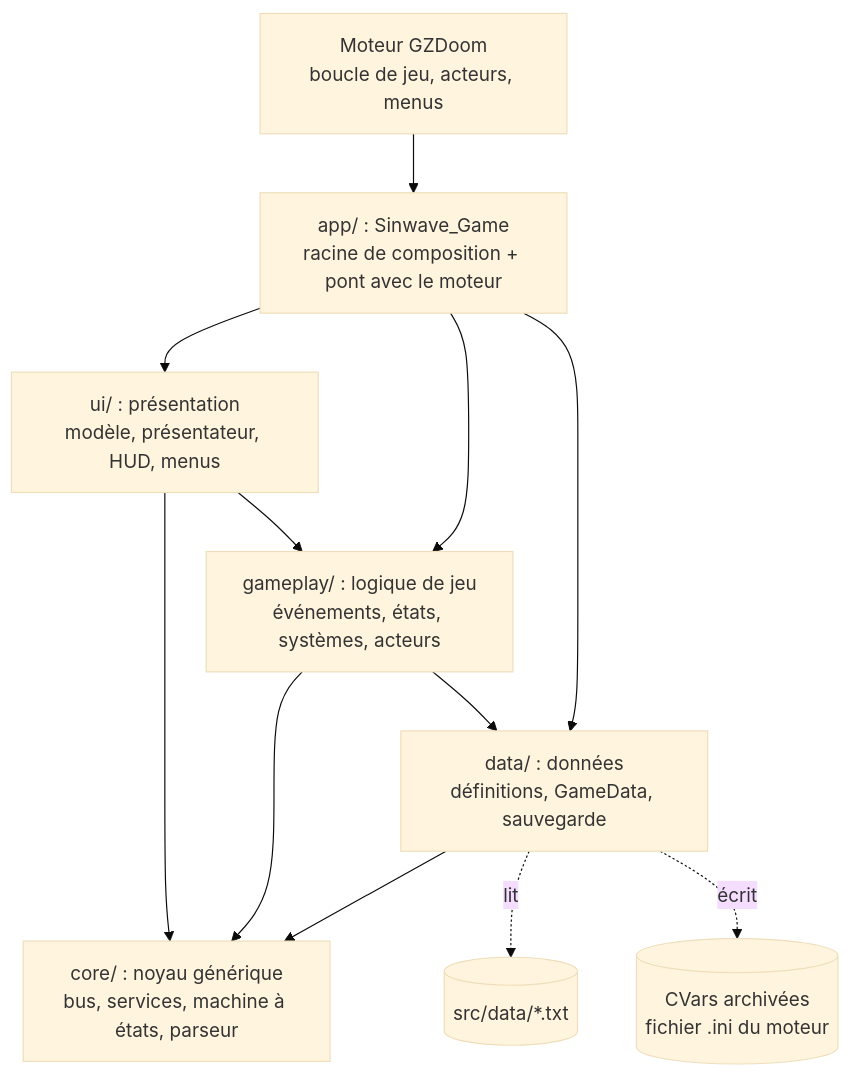
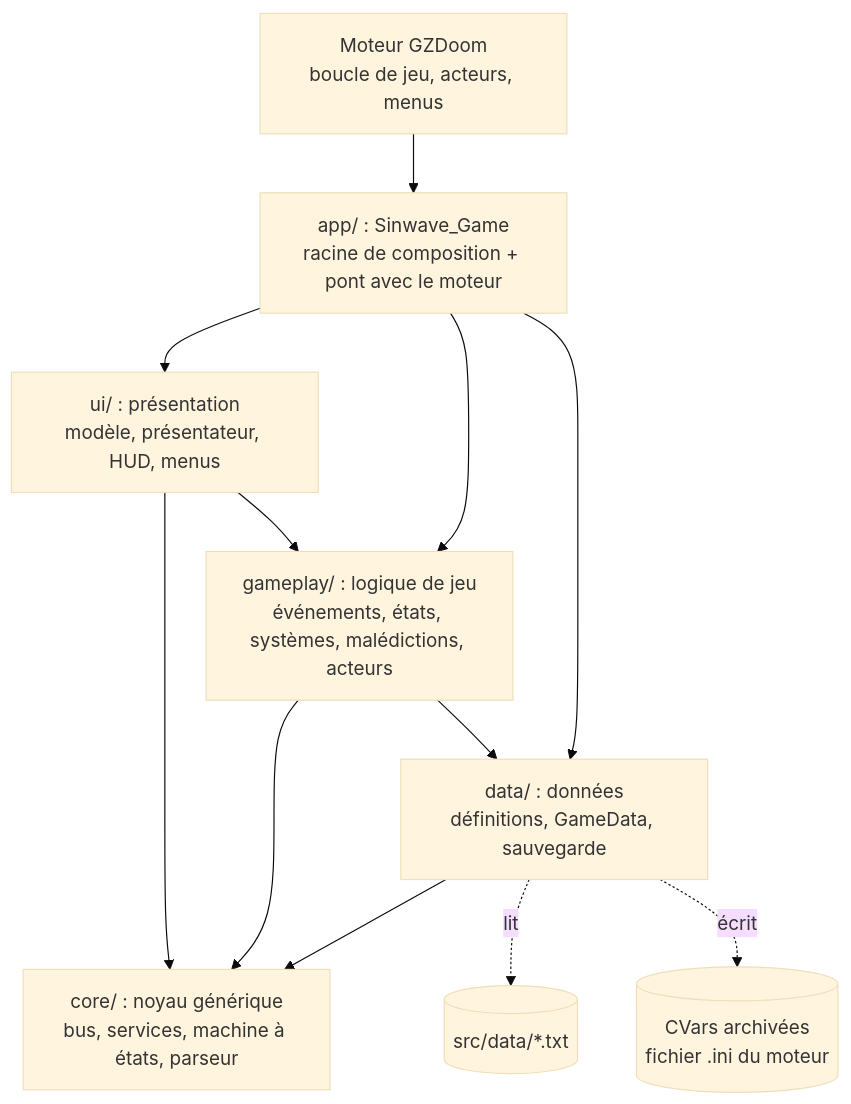
The first of 4 diagrams in docs/ARCHITECTURE.md (yann985/DOOMSinwave), drawn with Mermaid (base theme) before and after one commit. The commit also changed other lines of this file and 8 other files, not shown here.

````diff
--- a/docs/ARCHITECTURE.md
+++ b/docs/ARCHITECTURE.md
@@ -25,23 +50,23 @@
 ```mermaid
 flowchart TB
     engine["Moteur GZDoom<br/>boucle de jeu, acteurs, menus"]
     app["app/ : Sinwave_Game<br/>racine de composition + pont avec le moteur"]
     ui["ui/ : présentation<br/>modèle, présentateur, HUD, menus"]
-    gameplay["gameplay/ : logique de jeu<br/>événements, états, systèmes, acteurs"]
+    gameplay["gameplay/ : logique de jeu<br/>événements, états, systèmes, malédictions, acteurs"]
     data["data/ : données<br/>définitions, GameData, sauvegarde"]
     core["core/ : noyau générique<br/>bus, services, machine à états, parseur"]
     files[("src/data/*.txt")]
     cvars[("CVars archivées<br/>fichier .ini du moteur")]
 
     engine --> app
     app --> ui
     app --> gameplay
     app --> data
     ui --> gameplay
     gameplay --> data
     data --> core
     gameplay --> core
     ui --> core
     data -. lit .-> files
     data -. écrit .-> cvars
 ```
````
